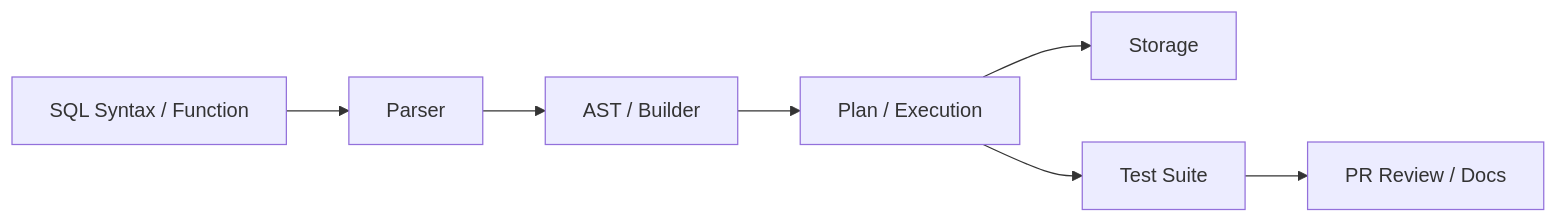
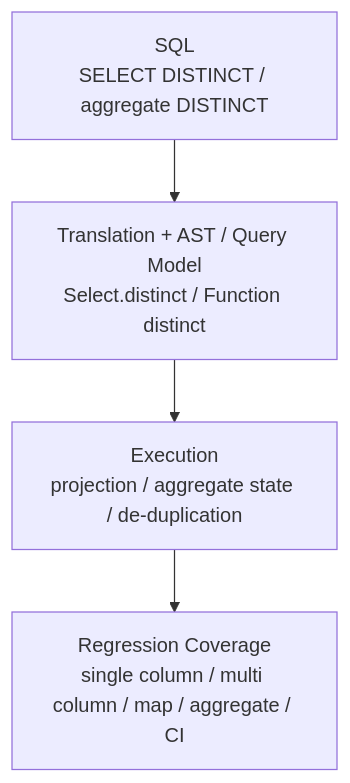
One commit to zmrdltl/portfolio changed the diagram in docs/opensource/gluesql.en.md. Above: the diagram before and after it, drawn with Mermaid. The commit also changed other lines of this file and 7 other files, not shown here.

Commit message:
docs: refine representative work diagrams

````diff
--- a/docs/opensource/gluesql.en.md
+++ b/docs/opensource/gluesql.en.md
@@ -20,17 +20,11 @@
 ```mermaid
-flowchart LR
-  syntax["SQL Syntax / Function"]
-  parser["Parser"]
-  ast["AST / Builder"]
-  plan["Plan / Execution"]
-  storage["Storage"]
-  tests["Test Suite"]
-  review["PR Review / Docs"]
+flowchart TD
+  sql["SQL\nSELECT DISTINCT / aggregate DISTINCT"]
+  model["Translation + AST / Query Model\nSelect.distinct / Function distinct"]
+  execute["Execution\nprojection / aggregate state / de-duplication"]
+  tests["Regression Coverage\nsingle column / multi column / map / aggregate / CI"]
 
-  syntax --> parser
-  parser --> ast
-  ast --> plan
-  plan --> storage
-  plan --> tests
-  tests --> review
+  sql --> model
+  model --> execute
+  execute --> tests
 ```
````
